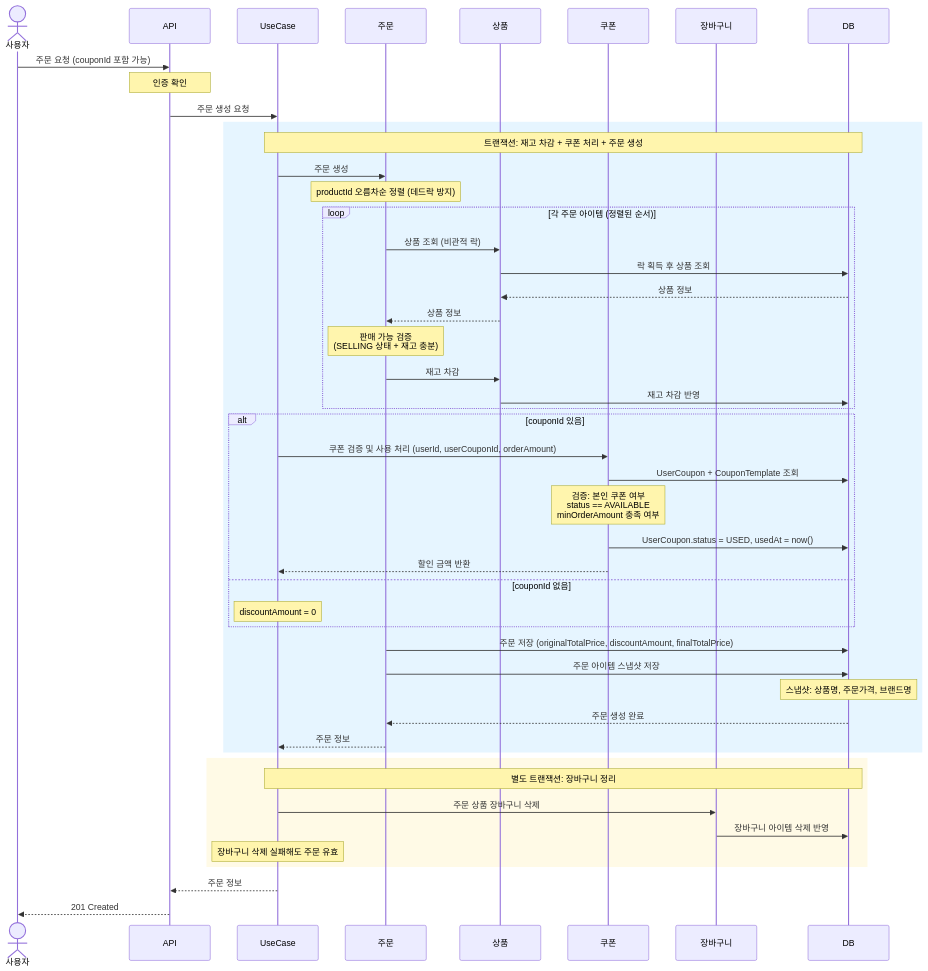
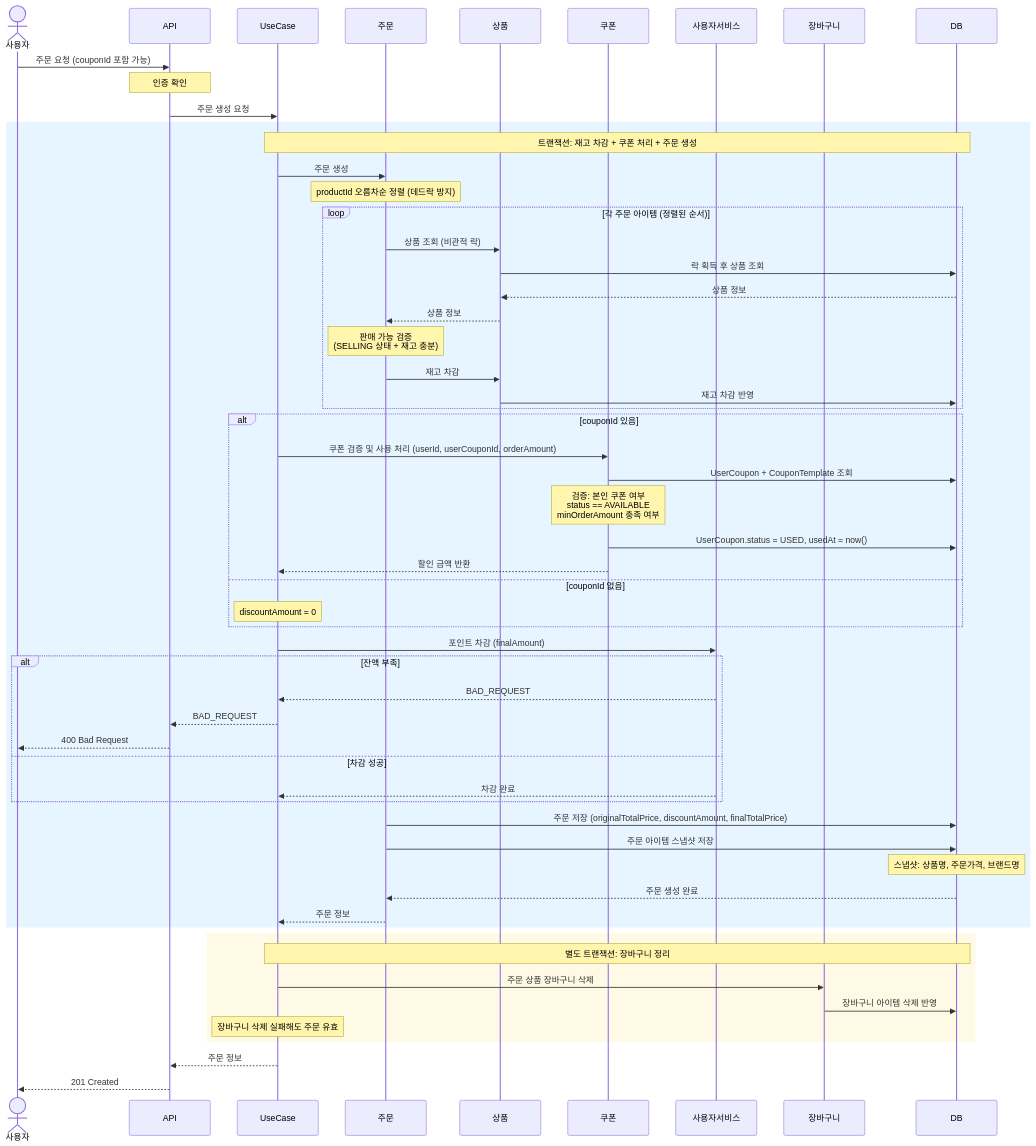
One commit to najang/loop-pack-be-l2-vol3-java changed diagram 14 of 21 in docs/design/02-sequence-diagrams.md. Above: the diagram before and after it, drawn with Mermaid. The commit also changed other lines of this file and 4 other files, not shown here.

````diff
--- a/docs/design/02-sequence-diagrams.md
+++ b/docs/design/02-sequence-diagrams.md
@@ -516,62 +553,72 @@
 ```mermaid
 sequenceDiagram
     actor 사용자
     participant API
     participant UseCase
     participant 주문
     participant 상품
     participant 쿠폰
+    participant 사용자서비스
     participant 장바구니
     participant DB
 
     사용자->>API: 주문 요청 (couponId 포함 가능)
     Note over API: 인증 확인
 
     API->>UseCase: 주문 생성 요청
 
     rect rgb(230, 245, 255)
         Note over UseCase,DB: 트랜잭션: 재고 차감 + 쿠폰 처리 + 주문 생성
 
         UseCase->>주문: 주문 생성
         Note over 주문: productId 오름차순 정렬 (데드락 방지)
 
         loop 각 주문 아이템 (정렬된 순서)
             주문->>상품: 상품 조회 (비관적 락)
             상품->>DB: 락 획득 후 상품 조회
             DB-->>상품: 상품 정보
             상품-->>주문: 상품 정보
 
             Note over 주문: 판매 가능 검증<br/>(SELLING 상태 + 재고 충분)
 
             주문->>상품: 재고 차감
             상품->>DB: 재고 차감 반영
         end
 
         alt couponId 있음
             UseCase->>쿠폰: 쿠폰 검증 및 사용 처리 (userId, userCouponId, orderAmount)
             쿠폰->>DB: UserCoupon + CouponTemplate 조회
             Note over 쿠폰: 검증: 본인 쿠폰 여부<br/>status == AVAILABLE<br/>minOrderAmount 충족 여부
             쿠폰->>DB: UserCoupon.status = USED, usedAt = now()
             쿠폰-->>UseCase: 할인 금액 반환
         else couponId 없음
             Note over UseCase: discountAmount = 0
         end
 
+        UseCase->>사용자서비스: 포인트 차감 (finalAmount)
+        alt 잔액 부족
+            사용자서비스-->>UseCase: BAD_REQUEST
+            UseCase-->>API: BAD_REQUEST
+            API-->>사용자: 400 Bad Request
+        else 차감 성공
+            사용자서비스-->>UseCase: 차감 완료
+        end
+
         주문->>DB: 주문 저장 (originalTotalPrice, discountAmount, finalTotalPrice)
         주문->>DB: 주문 아이템 스냅샷 저장
         Note over DB: 스냅샷: 상품명, 주문가격, 브랜드명
         DB-->>주문: 주문 생성 완료
         주문-->>UseCase: 주문 정보
     end
 
     rect rgb(255, 250, 230)
         Note over UseCase,DB: 별도 트랜잭션: 장바구니 정리
 
         UseCase->>장바구니: 주문 상품 장바구니 삭제
         장바구니->>DB: 장바구니 아이템 삭제 반영
         Note over UseCase: 장바구니 삭제 실패해도 주문 유효
     end
 
     UseCase-->>API: 주문 정보
     API-->>사용자: 201 Created
 ```
````
